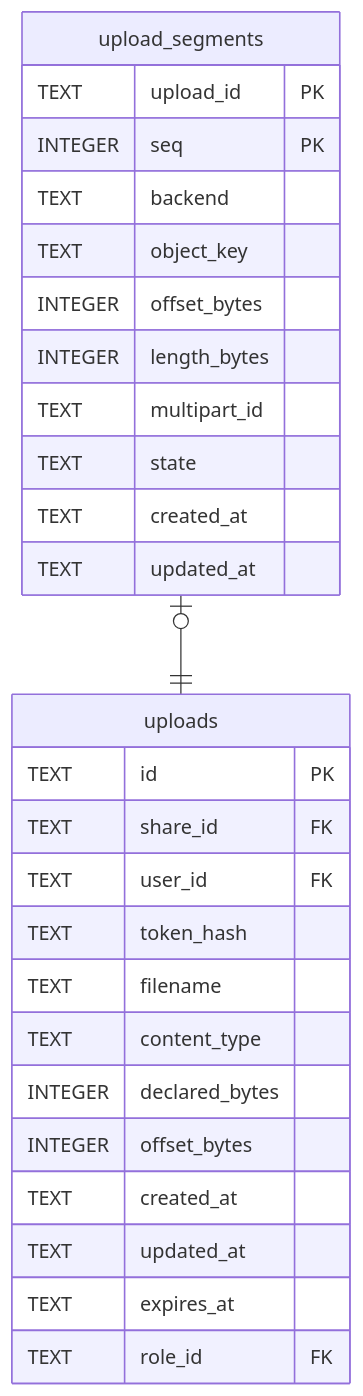
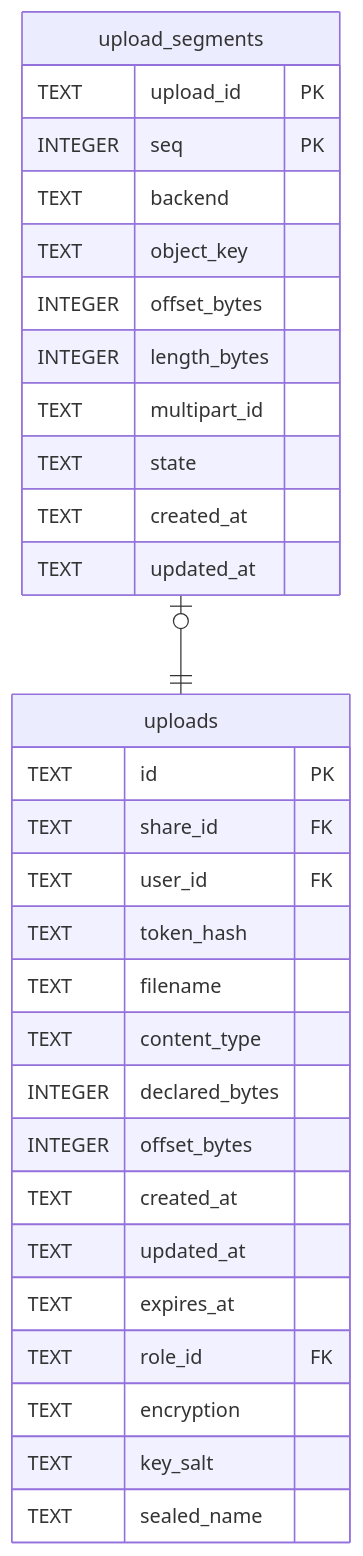
Before and after one commit to Limatura/tessera: the diagram in docs/schema/upload_segments.md, drawn with Mermaid. The commit also changed 38 other files, not shown here.

````diff
--- a/docs/schema/upload_segments.md
+++ b/docs/schema/upload_segments.md
@@ -70,32 +70,35 @@
 ```mermaid
 erDiagram
 
 "upload_segments" |o--|| "uploads" : ""
 
 "upload_segments" {
   TEXT upload_id PK
   INTEGER seq PK
   TEXT backend
   TEXT object_key
   INTEGER offset_bytes
   INTEGER length_bytes
   TEXT multipart_id
   TEXT state
   TEXT created_at
   TEXT updated_at
 }
 "uploads" {
   TEXT id PK
   TEXT share_id FK
   TEXT user_id FK
   TEXT token_hash
   TEXT filename
   TEXT content_type
   INTEGER declared_bytes
   INTEGER offset_bytes
   TEXT created_at
   TEXT updated_at
   TEXT expires_at
   TEXT role_id FK
+  TEXT encryption
+  TEXT key_salt
+  TEXT sealed_name
 }
 ```
````
